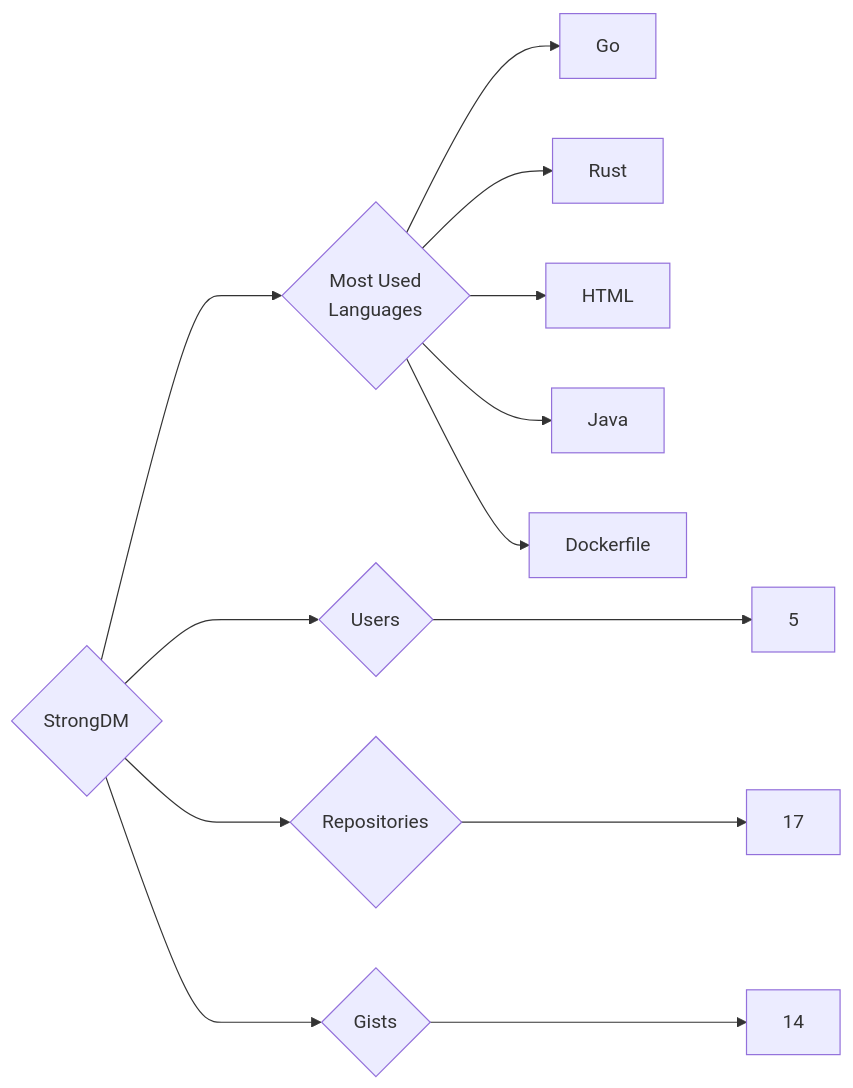
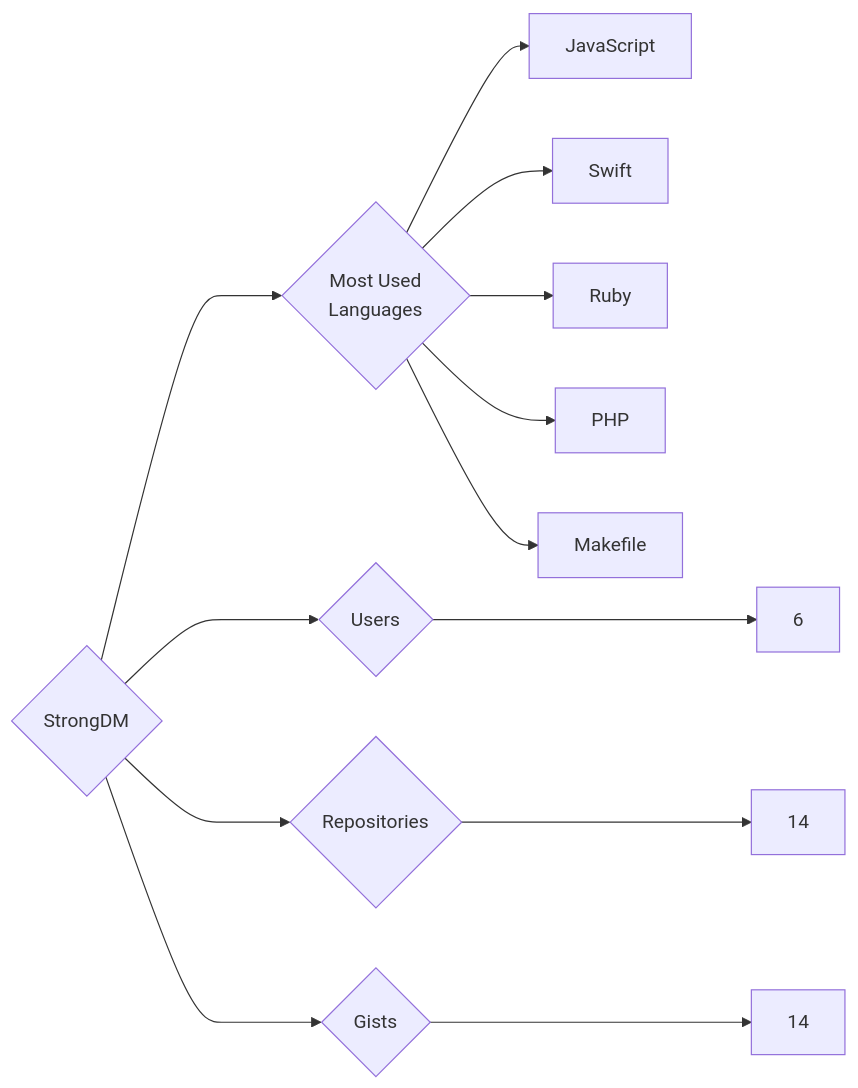
Before and after one commit to trickest/insiders: the diagram in targets/StrongDM/README.md, drawn with Mermaid. The commit also changed 969 other files, not shown here.

````diff
--- a/targets/StrongDM/README.md
+++ b/targets/StrongDM/README.md
@@ -3,13 +3,13 @@
 ```mermaid
 graph LR
 COMPANY_NAME{StrongDM}
-COMPANY_NAME ---> U{Users} ---> UN[5]
-COMPANY_NAME ---> R{Repositories} ---> RN[17]
+COMPANY_NAME ---> U{Users} ---> UN[6]
+COMPANY_NAME ---> R{Repositories} ---> RN[14]
 COMPANY_NAME ---> G{Gists} ---> GN[14]
 COMPANY_NAME ---> ML{Most Used<br>Languages}
-ML --> Go[Go]
-ML --> Rust[Rust]
-ML --> HTML[HTML]
-ML --> Java[Java]
-ML --> Dockerfile[Dockerfile]
+ML --> JavaScript[JavaScript]
+ML --> Swift[Swift]
+ML --> Ruby[Ruby]
+ML --> PHP[PHP]
+ML --> Makefile[Makefile]
 ```
````
